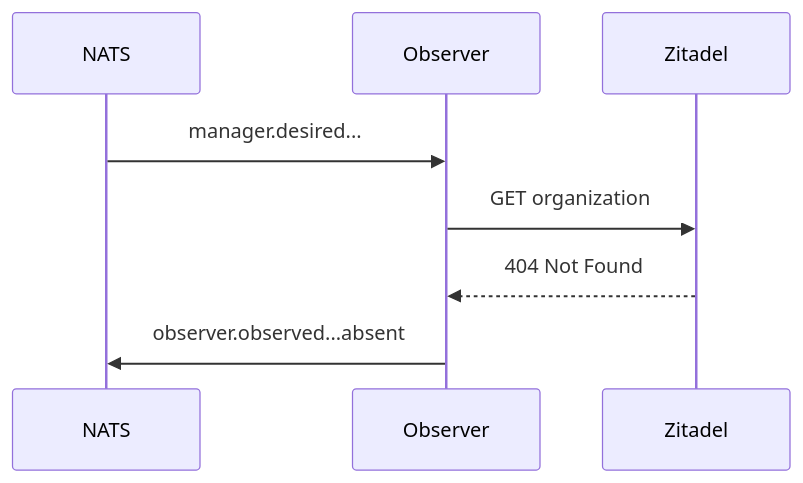
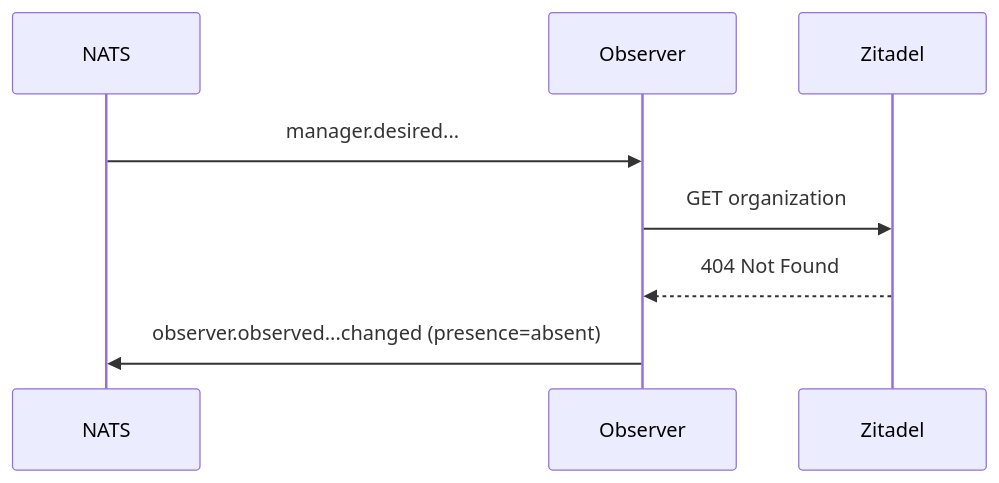
One commit to danielsabatini/smarkee changed the tenth of 44 diagrams in docs/RESOURCE-CONTROL-LOOP.md. Above: the diagram before and after it, drawn with Mermaid. The commit also changed other lines of this file and 1 other file, not shown here.

Commit message:
docs(control-loop): alinhar subjects e campos ao MESSAGING e NATS

````diff
--- a/docs/RESOURCE-CONTROL-LOOP.md
+++ b/docs/RESOURCE-CONTROL-LOOP.md
@@ -621,11 +621,11 @@
 ```mermaid
 sequenceDiagram
     participant NATS
     participant Observer
     participant Zitadel
 
     NATS->>Observer: manager.desired...
     Observer->>Zitadel: GET organization
     Zitadel-->>Observer: 404 Not Found
-    Observer->>NATS: observer.observed...absent
+    Observer->>NATS: observer.observed...changed (presence=absent)
 ```
````
